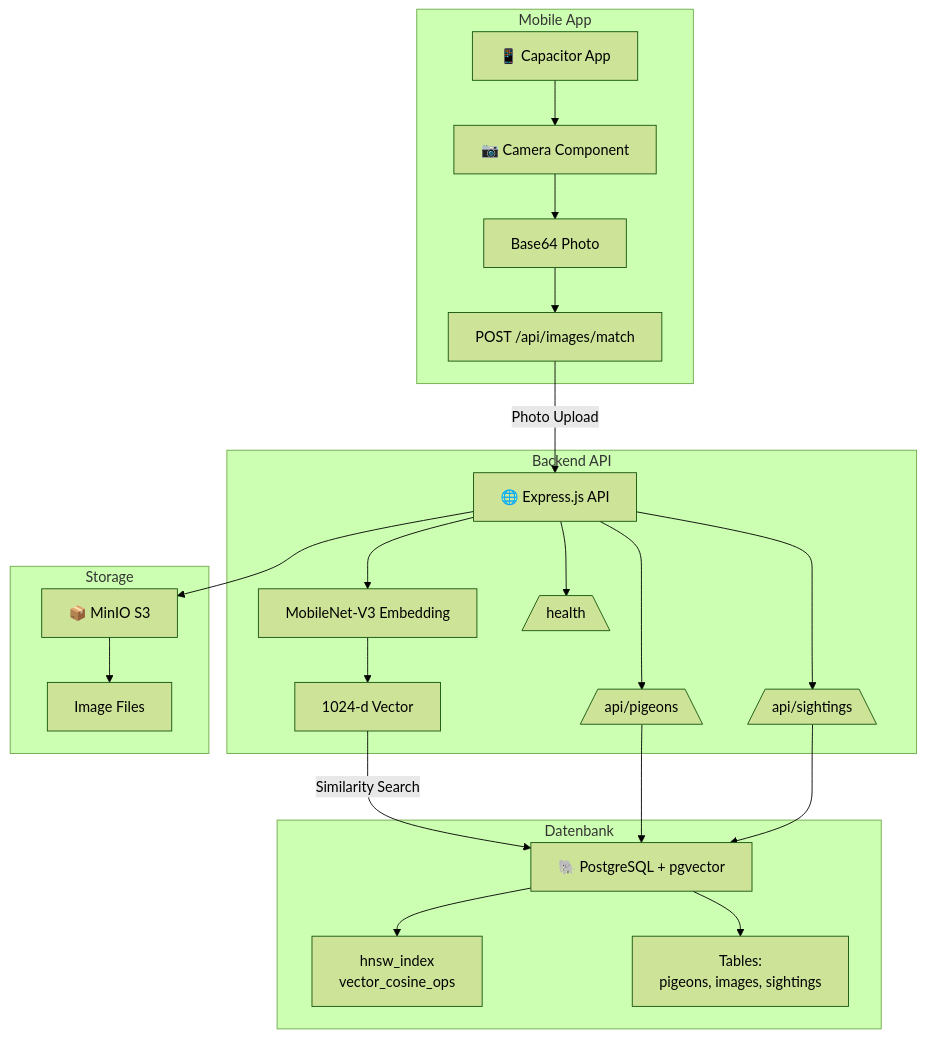
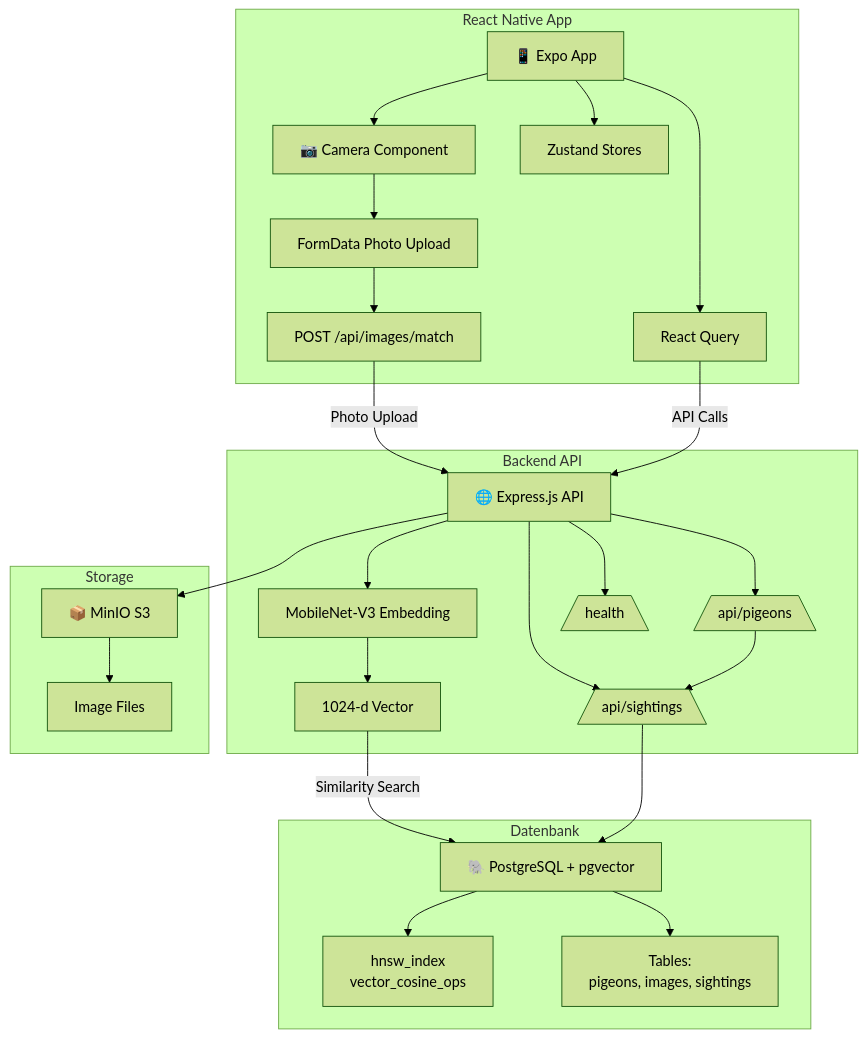
One commit to openfugjoobot/tauben-scanner changed the diagram in README.md. Above: the diagram before and after it, drawn with Mermaid (forest theme). The commit also changed other lines of this file and 8 other files, not shown here.

First line of the commit message:
docs: Aktualisiere Dokumentation für React Native Expo Migration (Phase 6)

````diff
--- a/README.md
+++ b/README.md
@@ -126,36 +138,38 @@
 ```mermaid
 graph TB
-    subgraph "Mobile App"
-        A[📱 Capacitor App] --> B[📷 Camera Component]
-        B --> C[Base64 Photo]
+    subgraph "React Native App"
+        A[📱 Expo App] --> B[📷 Camera Component]
+        B --> C[FormData Photo Upload]
         C --> D[POST /api/images/match]
+        A --> E[Zustand Stores]
+        A --> F[React Query]
     end
     
     subgraph "Backend API"
-        E[🌐 Express.js API] --> F[MobileNet-V3 Embedding]
-        F --> G[1024-d Vector]
-        E --> H[/api/pigeons\]
-        E --> I[/api/sightings\]
-        E --> J[/health\]
+        G[🌐 Express.js API] --> H[MobileNet-V3 Embedding]
+        H --> I[1024-d Vector]
+        G --> J[/api/pigeons\]
+        G --> K[/api/sightings\]
+        G --> L[/health\]
     end
     
     subgraph "Datenbank"
-        K[🐘 PostgreSQL + pgvector]
-        L[hnsw_index<br/>vector_cosine_ops]
-        M[Tables:<br/>pigeons, images, sightings]
+        M[🐘 PostgreSQL + pgvector]
+        N[hnsw_index<br/>vector_cosine_ops]
+        O[Tables:<br/>pigeons, images, sightings]
     end
     
     subgraph "Storage"
-        N[📦 MinIO S3]
-        O[Image Files]
+        P[📦 MinIO S3]
+        Q[Image Files]
     end
     
-    D -->|Photo Upload| E
-    G -->|Similarity Search| K
-    H --> K
-    I --> K
-    K --> L
-    K --> M
-    E --> N
-    N --> O
+    D -->|Photo Upload| G
+    F -->|API Calls| G
+    I -->|Similarity Search| M
+    J --> K --> M
+    M --> N
+    M --> O
+    G --> P
+    P --> Q
 ```
````
